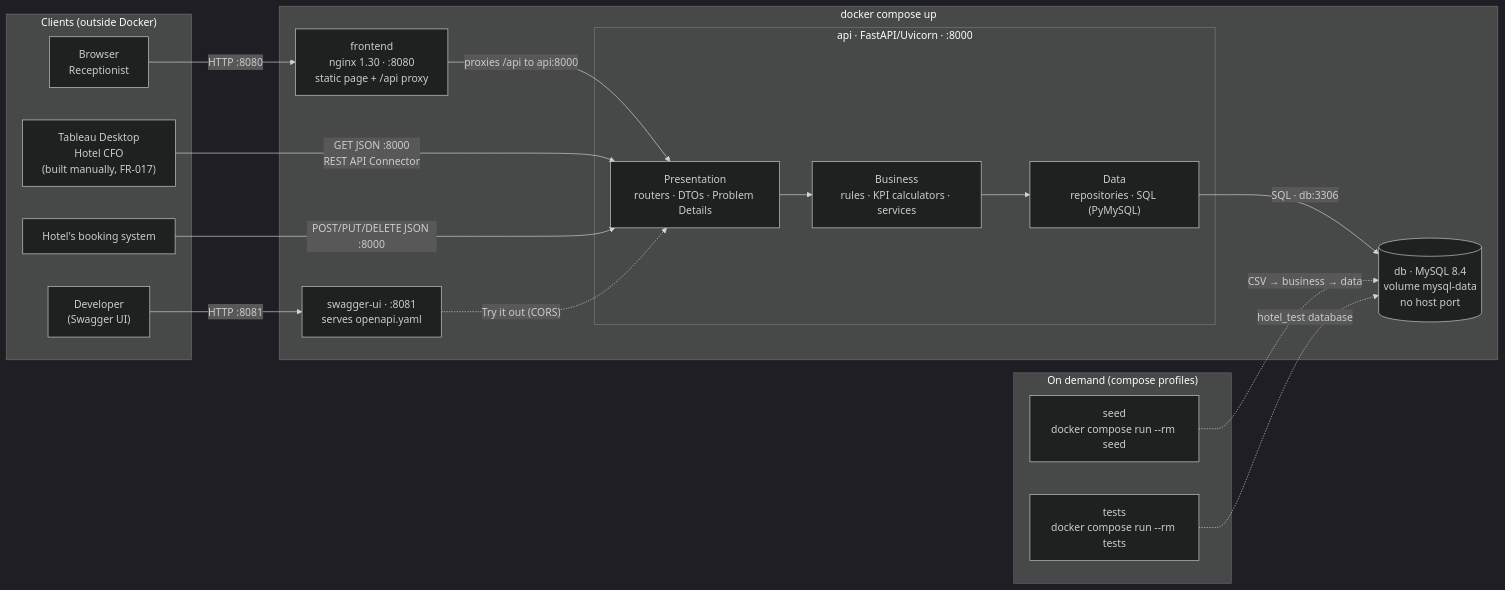
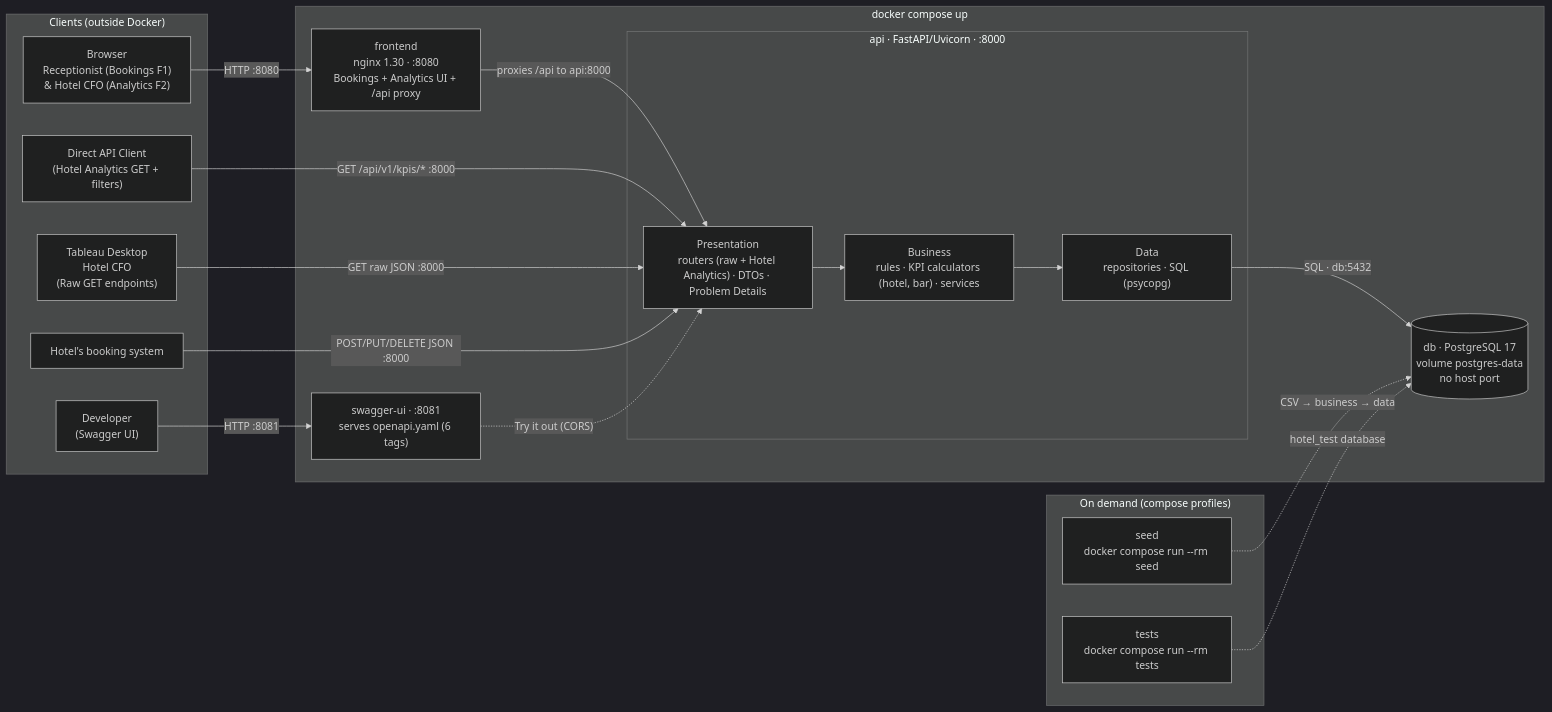
One commit to Hunder222/Hotel-Kong-Arthur changed the diagram in specs/001-hotel-analytics-platform/plan.md. Above: the diagram before and after it, drawn with Mermaid (dark theme). The commit also changed other lines of this file and 9 other files, not shown here.

````diff
--- a/specs/001-hotel-analytics-platform/plan.md
+++ b/specs/001-hotel-analytics-platform/plan.md
@@ -146,36 +117,38 @@
 ```mermaid
 flowchart LR
     subgraph Clients["Clients (outside Docker)"]
-        BROWSER["Browser<br/>Receptionist"]
-        TABLEAU["Tableau Desktop<br/>Hotel CFO<br/>(built manually, FR-017)"]
+        BROWSER["Browser<br/>Receptionist (Bookings F1)<br/>& Hotel CFO (Analytics F2)"]
+        APICLIENT["Direct API Client<br/>(Hotel Analytics GET + filters)"]
+        TABLEAU["Tableau Desktop<br/>Hotel CFO<br/>(Raw GET endpoints)"]
         HOTELSYS["Hotel's booking system"]
         DEV["Developer<br/>(Swagger UI)"]
     end
 
     subgraph Compose["docker compose up"]
-        FE["frontend<br/>nginx 1.30 · :8080<br/>static page + /api proxy"]
-        SW["swagger-ui · :8081<br/>serves openapi.yaml"]
+        FE["frontend<br/>nginx 1.30 · :8080<br/>Bookings + Analytics UI + /api proxy"]
+        SW["swagger-ui · :8081<br/>serves openapi.yaml (6 tags)"]
         subgraph API["api · FastAPI/Uvicorn · :8000"]
-            P["Presentation<br/>routers · DTOs · Problem Details"]
-            B["Business<br/>rules · KPI calculators · services"]
-            D["Data<br/>repositories · SQL (PyMySQL)"]
+            P["Presentation<br/>routers (raw + Hotel Analytics) · DTOs · Problem Details"]
+            B["Business<br/>rules · KPI calculators (hotel, bar) · services"]
+            D["Data<br/>repositories · SQL (psycopg)"]
             P --> B --> D
         end
-        DB[("db · MySQL 8.4<br/>volume mysql-data<br/>no host port")]
+        DB[("db · PostgreSQL 17<br/>volume postgres-data<br/>no host port")]
     end
 
     subgraph Tools["On demand (compose profiles)"]
         SEED["seed<br/>docker compose run --rm seed"]
         TESTS["tests<br/>docker compose run --rm tests"]
     end
 
     BROWSER -->|"HTTP :8080"| FE
     FE -->|"proxies /api to api:8000"| P
-    TABLEAU -->|"GET JSON :8000<br/>REST API Connector"| P
+    APICLIENT -->|"GET /api/v1/kpis/* :8000"| P
+    TABLEAU -->|"GET raw JSON :8000"| P
     HOTELSYS -->|"POST/PUT/DELETE JSON :8000"| P
     DEV -->|"HTTP :8081"| SW
     SW -.->|"Try it out (CORS)"| P
-    D -->|"SQL · db:3306"| DB
+    D -->|"SQL · db:5432"| DB
     SEED -.->|"CSV → business → data"| DB
     TESTS -.->|"hotel_test database"| DB
 ```
````
